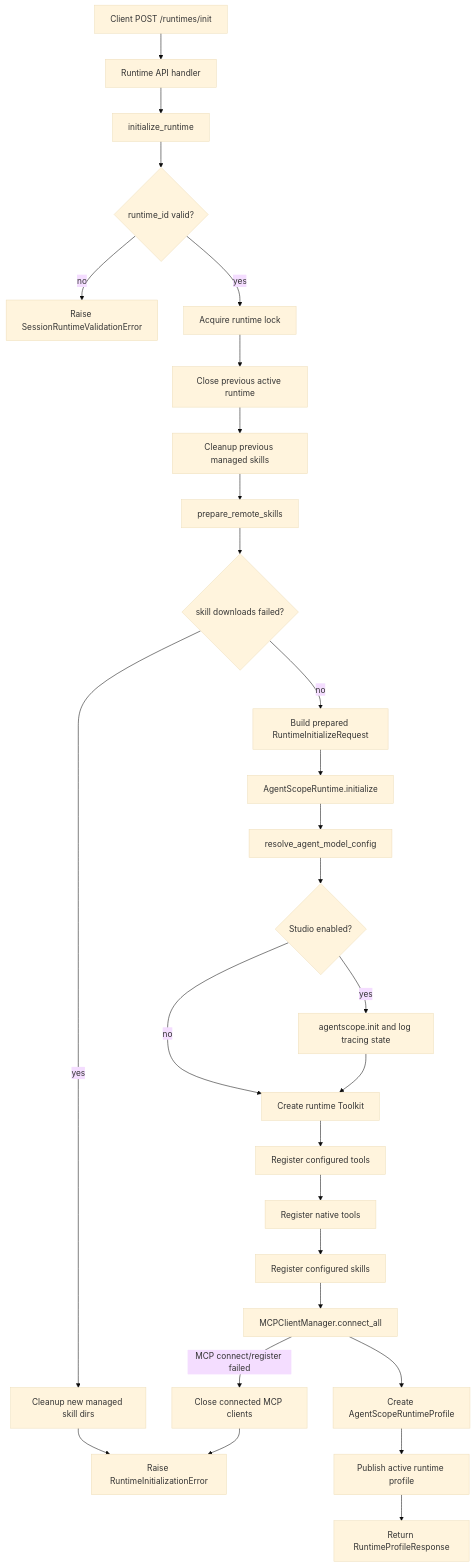
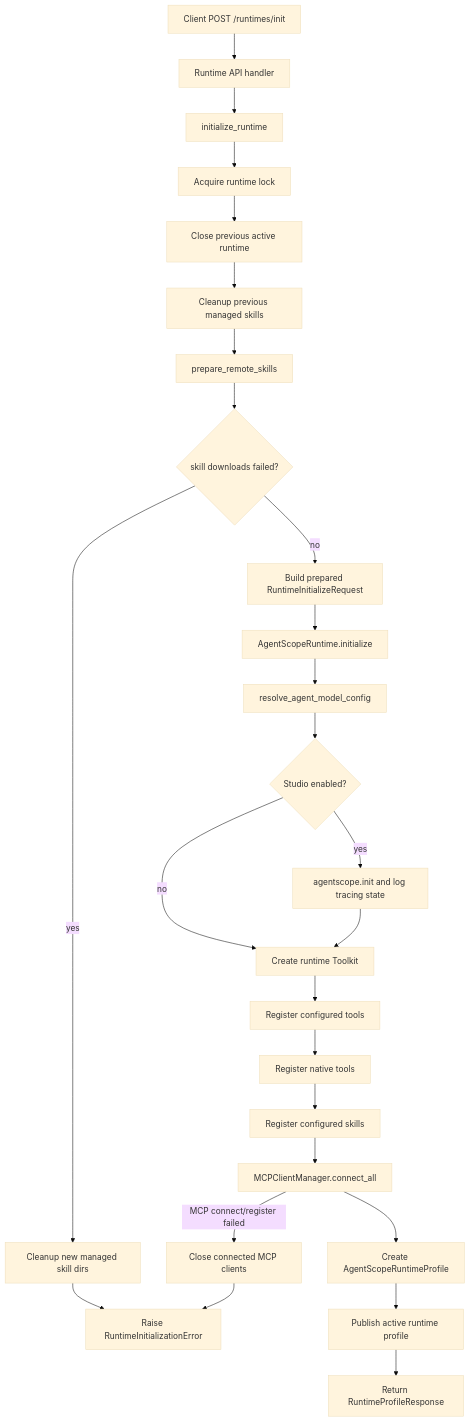
One commit to mooneclipsed/myagent changed the second of 4 diagrams in docs/architecture.md. Above: the diagram before and after it, drawn with Mermaid (base theme). The commit also changed other lines of this file and 18 other files, not shown here.

````diff
--- a/docs/architecture.md
+++ b/docs/architecture.md
@@ -130,32 +130,30 @@
 ```mermaid
 flowchart TD
     A[Client POST /runtimes/init] --> B[Runtime API handler]
     B --> C[initialize_runtime]
-    C --> D{runtime_id valid?}
-    D -- no --> E[Raise SessionRuntimeValidationError]
-    D -- yes --> F[Acquire runtime lock]
+    C --> F[Acquire runtime lock]
     F --> G[Close previous active runtime]
     G --> H[Cleanup previous managed skills]
     H --> I[prepare_remote_skills]
     I --> J{skill downloads failed?}
     J -- yes --> K[Cleanup new managed skill dirs]
     K --> L[Raise RuntimeInitializationError]
     J -- no --> M[Build prepared RuntimeInitializeRequest]
 
     M --> N[AgentScopeRuntime.initialize]
     N --> O[resolve_agent_model_config]
     O --> P{Studio enabled?}
     P -- yes --> Q[agentscope.init and log tracing state]
     P -- no --> R[Create runtime Toolkit]
     Q --> R
     R --> S[Register configured tools]
     S --> T[Register native tools]
     T --> U[Register configured skills]
     U --> V[MCPClientManager.connect_all]
     V --> W[Create AgentScopeRuntimeProfile]
     W --> X[Publish active runtime profile]
     X --> Y[Return RuntimeProfileResponse]
 
     V -- MCP connect/register failed --> Z[Close connected MCP clients]
     Z --> L
 ```
````
